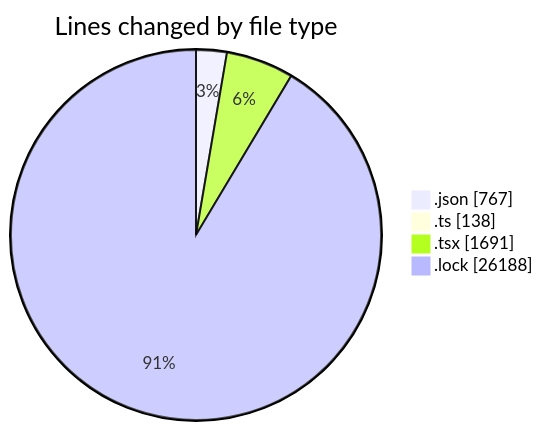
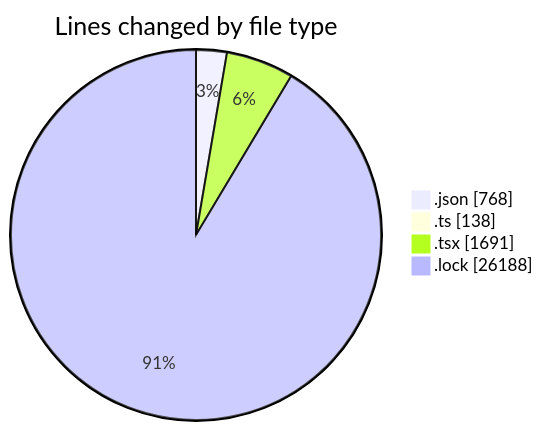
The first of 2 diagrams in 2025-05-07/cda/README.md (momahboobian/code-tracking), drawn with Mermaid before and after one commit. The commit also changed other lines of this file and 1 other file, not shown here.

````diff
--- a/2025-05-07/cda/README.md
+++ b/2025-05-07/cda/README.md
@@ -46,8 +46,8 @@
 ```mermaid
 pie showData
 title Lines changed by file type
-".json" : 767
+".json" : 768
 ".ts" : 138
 ".tsx" : 1691
 ".lock" : 26188
 ```
````
